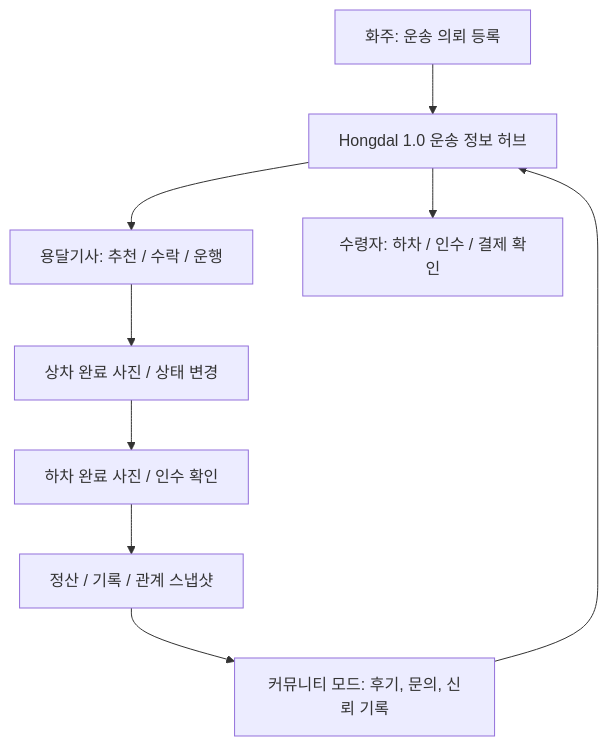
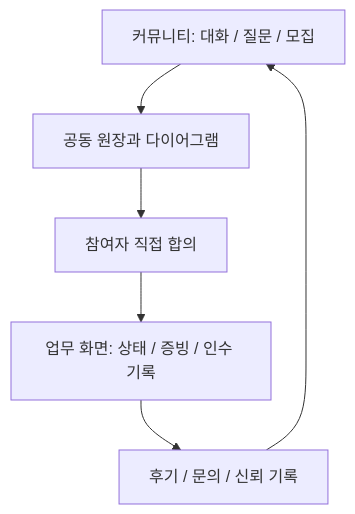
Before and after one commit to cheolwo/hongdal: the first of 14 diagrams in Hongdal/README.md, drawn with Mermaid. The commit also changed other lines of this file and 6 other files, not shown here.

````diff
--- a/Hongdal/README.md
+++ b/Hongdal/README.md
@@ -67,11 +69,8 @@
 ```mermaid
 flowchart TD
-    A["화주: 운송 의뢰 등록"] --> B["Hongdal 1.0 운송 정보 허브"]
-    B --> C["용달기사: 추천 / 수락 / 운행"]
-    B --> D["수령자: 하차 / 인수 / 결제 확인"]
-    C --> E["상차 완료 사진 / 상태 변경"]
-    E --> F["하차 완료 사진 / 인수 확인"]
-    F --> G["정산 / 기록 / 관계 스냅샷"]
-    G --> H["커뮤니티 모드: 후기, 문의, 신뢰 기록"]
-    H --> B
+    A["커뮤니티: 대화 / 질문 / 모집"] --> B["공동 원장과 다이어그램"]
+    B --> C["참여자 직접 합의"]
+    C --> D["업무 화면: 상태 / 증빙 / 인수 기록"]
+    D --> E["후기 / 문의 / 신뢰 기록"]
+    E --> A
 ```
````
